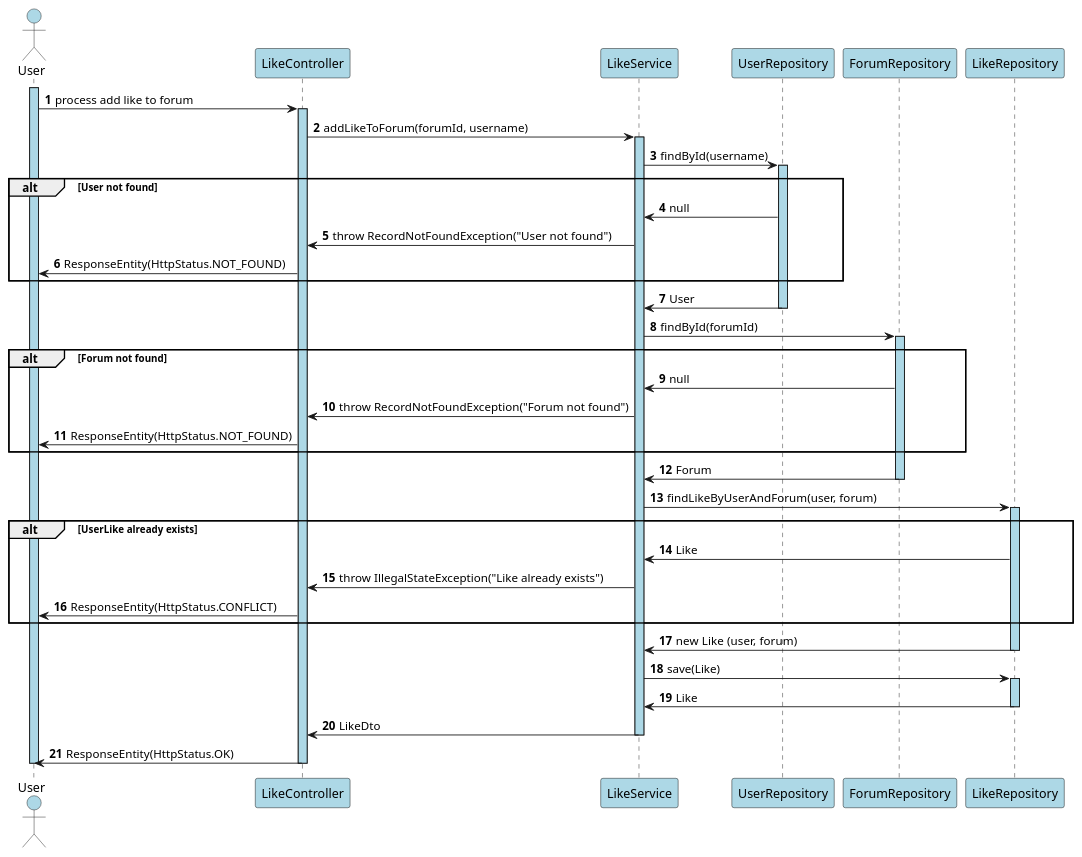
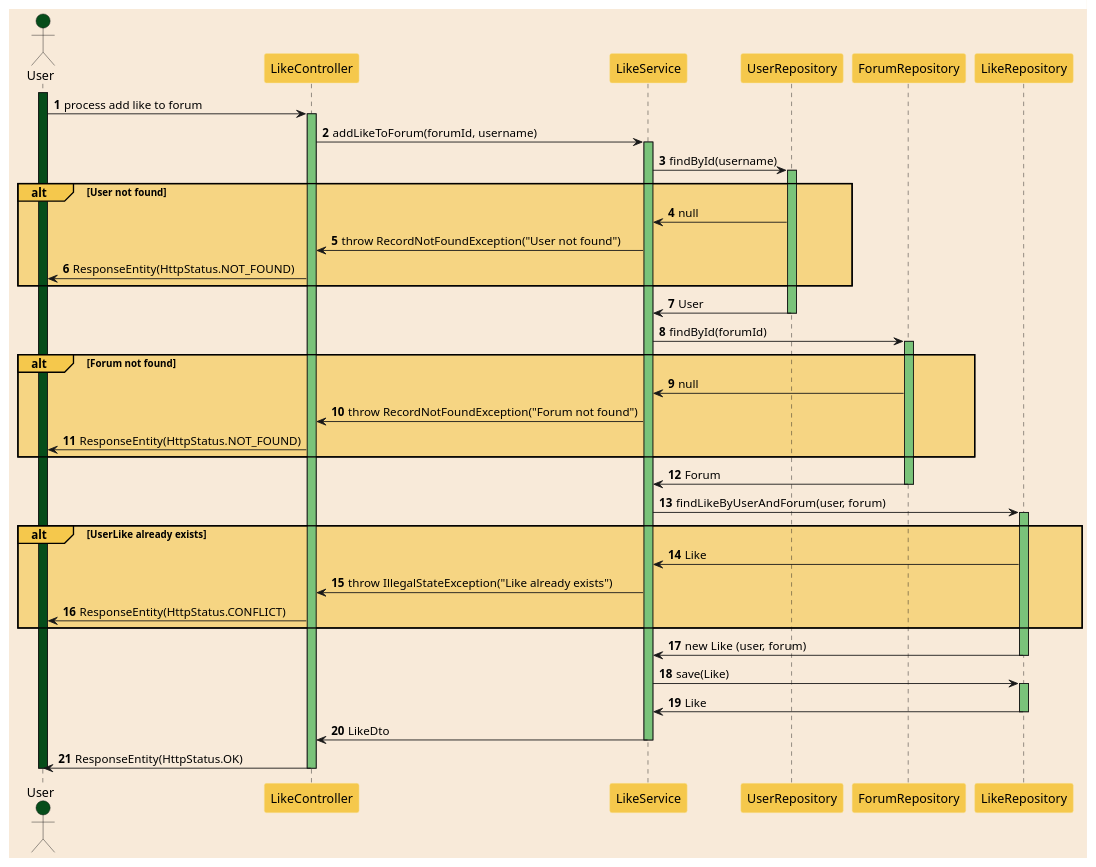
Before and after one commit to TamaraDeBeer/Backend-AutiWomen: the diagram in src/main/resources/AddLikeToForumSequenceDiagram.puml, drawn with PlantUML. The commit also changed 1 other file, not shown here.

Commit message:
styling van sequentiediagrammen aangepast

```diff
--- a/src/main/resources/AddLikeToForumSequenceDiagram.puml
+++ b/src/main/resources/AddLikeToForumSequenceDiagram.puml
@@ -1,69 +1,74 @@
 @startuml
 'https://plantuml.com/sequence-diagram
 
 autonumber
 
 skinparam sequence {
-    ParticipantBackgroundColor #lightblue
-    ParticipantBorderColor #000000
+    ParticipantBackgroundColor #F5C84C
+    ParticipantBorderColor #F7E19A
 }
 
-actor User #lightblue
-activate User #lightblue
+skinparam {
+    BackgroundColor #F8EAD9
+    BorderColor #F8EAD9
+}
+
+actor User #064D1A
+activate User #064D1A
 
 User -> LikeController : process add like to forum
-activate LikeController #lightblue
+activate LikeController #7AC37A
 
 LikeController -> LikeService : addLikeToForum(forumId, username)
-activate LikeService #lightblue
+activate LikeService #7AC37A
 
 LikeService -> UserRepository : findById(username)
-activate UserRepository #lightblue
+activate UserRepository #7AC37A
 
-alt User not found
+alt#F5C84C #F5C84C99 User not found
     UserRepository -> LikeService : null
     LikeService -> LikeController : throw RecordNotFoundException("User not found")
     LikeController -> User : ResponseEntity(HttpStatus.NOT_FOUND)
 end
 
 UserRepository -> LikeService : User
 deactivate UserRepository
 
 LikeService -> ForumRepository : findById(forumId)
-activate ForumRepository #lightblue
+activate ForumRepository #7AC37A
 
-alt Forum not found
+alt#F5C84C #F5C84C99 Forum not found
     ForumRepository -> LikeService : null
     LikeService -> LikeController : throw RecordNotFoundException("Forum not found")
     LikeController -> User : ResponseEntity(HttpStatus.NOT_FOUND)
 end
 
 ForumRepository -> LikeService : Forum
 deactivate ForumRepository
 
 LikeService -> LikeRepository : findLikeByUserAndForum(user, forum)
-activate LikeRepository #lightblue
+activate LikeRepository #7AC37A
 
-alt UserLike already exists
+alt#F5C84C #F5C84C99 UserLike already exists
     LikeRepository -> LikeService : Like
     LikeService -> LikeController : throw IllegalStateException("Like already exists")
     LikeController -> User : ResponseEntity(HttpStatus.CONFLICT)
 end
 
 LikeRepository -> LikeService : new Like (user, forum)
 deactivate LikeRepository
 
 LikeService -> LikeRepository : save(Like)
-activate LikeRepository #lightblue
+activate LikeRepository #7AC37A
 
 LikeRepository -> LikeService : Like
 deactivate LikeRepository
 
 LikeService -> LikeController : LikeDto
 deactivate LikeService
 
 LikeController -> User : ResponseEntity(HttpStatus.OK)
 deactivate LikeController
 
 deactivate User
 @enduml
```
